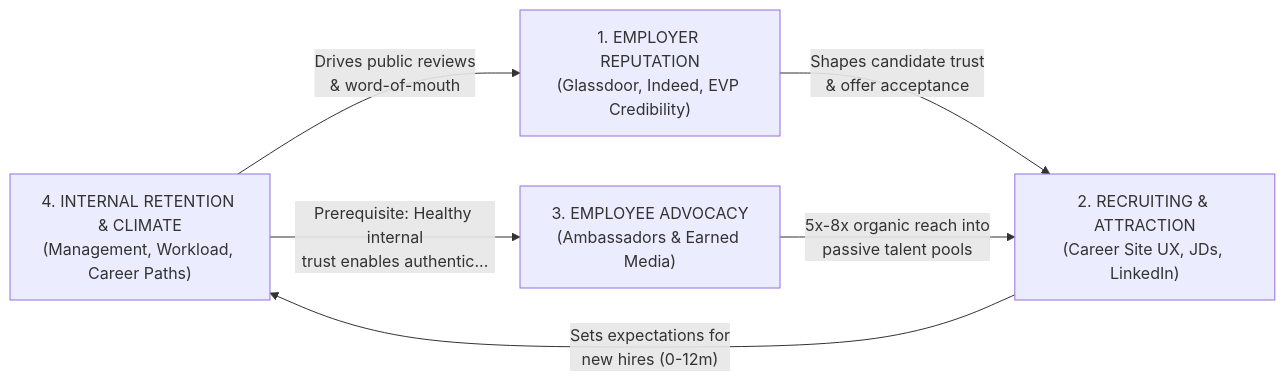
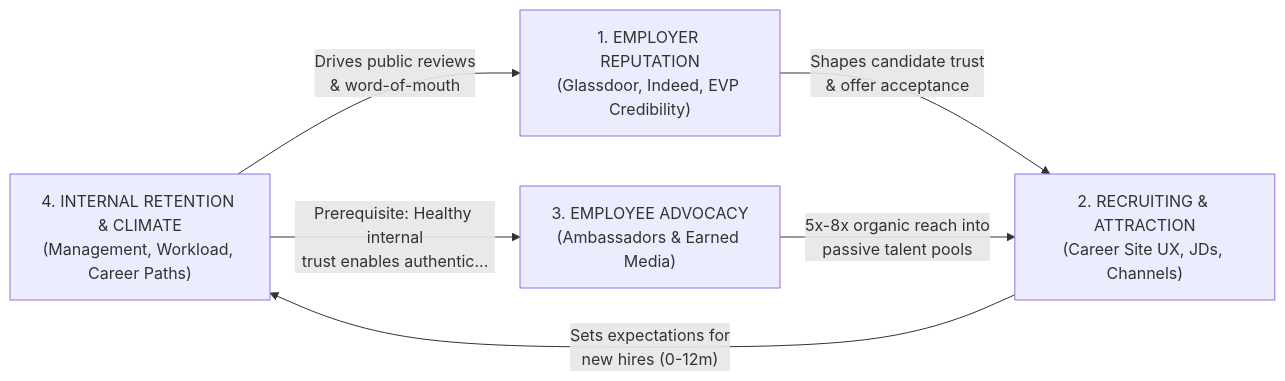
One commit to SyAndrey006/Ingaze-CF-Hackathon-2026-Team-11 changed the diagram in docs/HR_DOMAIN_PRIMER_FOR_ENGINEERS.md. Above: the diagram before and after it, drawn with Mermaid. The commit also changed other lines of this file and 6 other files, not shown here.

````diff
--- a/docs/HR_DOMAIN_PRIMER_FOR_ENGINEERS.md
+++ b/docs/HR_DOMAIN_PRIMER_FOR_ENGINEERS.md
@@ -13,8 +13,8 @@
 ```mermaid
 flowchart LR
     P4["4. INTERNAL RETENTION & CLIMATE<br/>(Management, Workload, Career Paths)"] -->|"Drives public reviews<br/>& word-of-mouth"| P1["1. EMPLOYER REPUTATION<br/>(Glassdoor, Indeed, EVP Credibility)"]
-    P1 -->|"Shapes candidate trust<br/>& offer acceptance"| P2["2. RECRUITING & ATTRACTION<br/>(Career Site UX, JDs, LinkedIn)"]
+    P1 -->|"Shapes candidate trust<br/>& offer acceptance"| P2["2. RECRUITING & ATTRACTION<br/>(Career Site UX, JDs, Channels)"]
     P2 -->|"Sets expectations for<br/>new hires (0-12m)"| P4
     P4 -->|"Prerequisite: Healthy internal<br/>trust enables authentic..."| P3["3. EMPLOYEE ADVOCACY<br/>(Ambassadors & Earned Media)"]
     P3 -->|"5x-8x organic reach into<br/>passive talent pools"| P2
 ```
````
